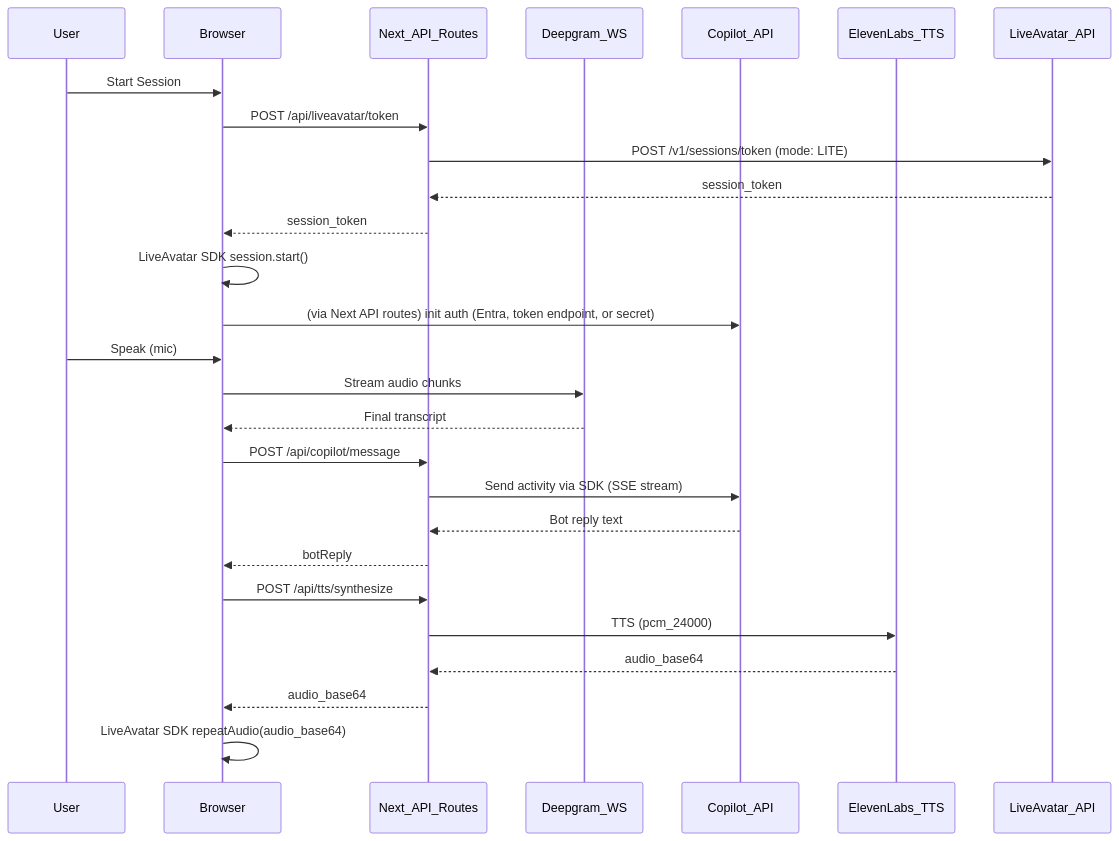
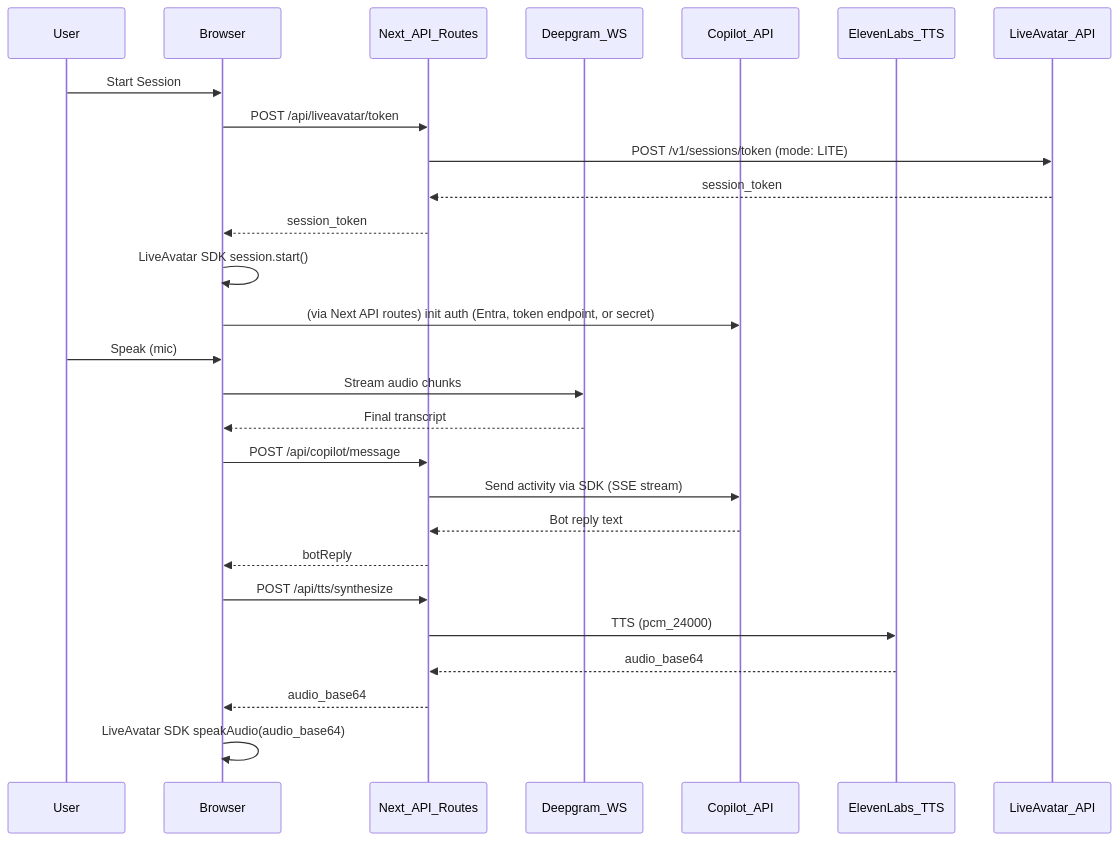
The diagram in README.md (JahnelGroup/poc-liveavatar-copilot), drawn with Mermaid before and after one commit. The commit also changed other lines of this file and 1 other file, not shown here.

````diff
--- a/README.md
+++ b/README.md
@@ -13,31 +13,31 @@
 ```mermaid
 sequenceDiagram
     participant User
     participant Browser
     participant NextAPI as Next_API_Routes
     participant Deepgram as Deepgram_WS
     participant Copilot as Copilot_API
     participant Eleven as ElevenLabs_TTS
     participant LiveAvatar as LiveAvatar_API
 
     User->>Browser: Start Session
     Browser->>NextAPI: POST /api/liveavatar/token
     NextAPI->>LiveAvatar: POST /v1/sessions/token (mode: LITE)
     LiveAvatar-->>NextAPI: session_token
     NextAPI-->>Browser: session_token
     Browser->>Browser: LiveAvatar SDK session.start()
     Browser->>Copilot: (via Next API routes) init auth (Entra, token endpoint, or secret)
 
     User->>Browser: Speak (mic)
     Browser->>Deepgram: Stream audio chunks
     Deepgram-->>Browser: Final transcript
     Browser->>NextAPI: POST /api/copilot/message
     NextAPI->>Copilot: Send activity via SDK (SSE stream)
     Copilot-->>NextAPI: Bot reply text
     NextAPI-->>Browser: botReply
     Browser->>NextAPI: POST /api/tts/synthesize
     NextAPI->>Eleven: TTS (pcm_24000)
     Eleven-->>NextAPI: audio_base64
     NextAPI-->>Browser: audio_base64
-    Browser->>Browser: LiveAvatar SDK repeatAudio(audio_base64)
+    Browser->>Browser: LiveAvatar SDK speakAudio(audio_base64)
 ```
````
